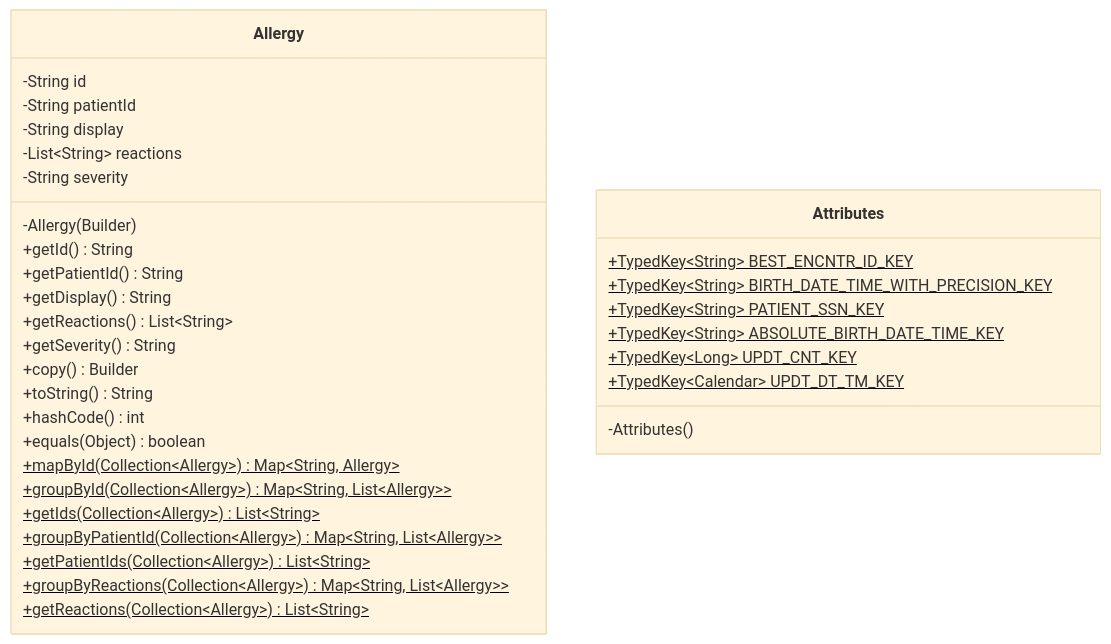
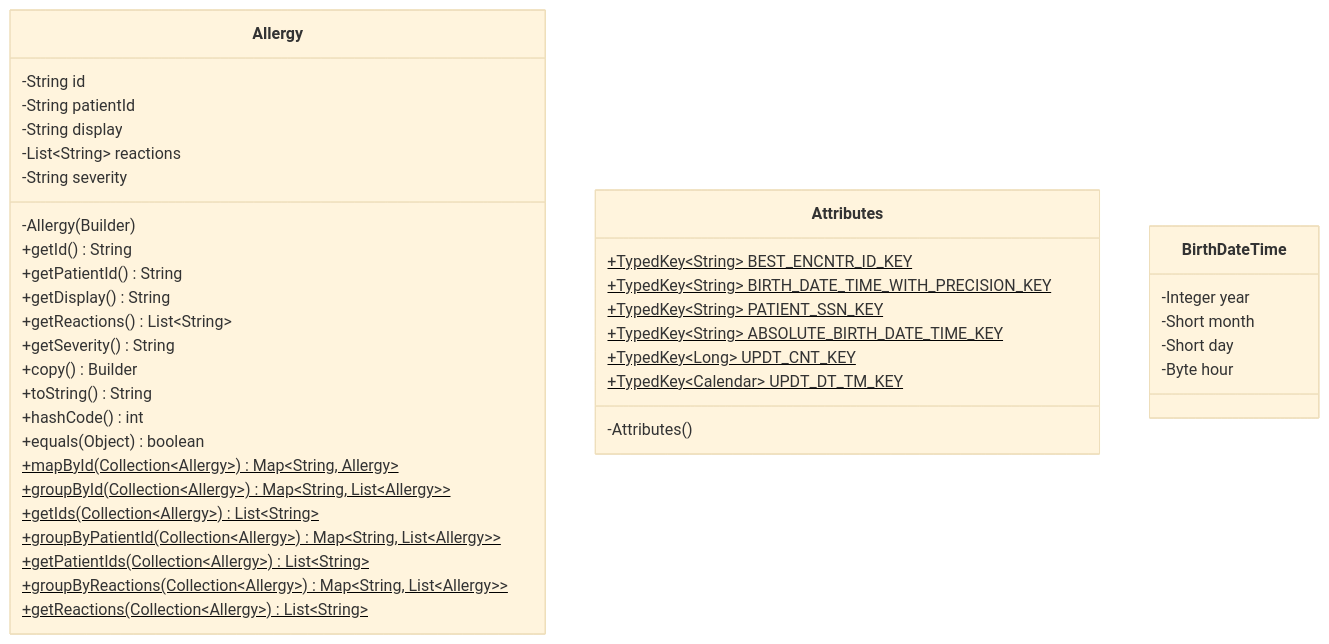
Before and after one commit to abhishek171287/FACE-RECOGNITION-ATTENDANCE-SYSTEM-USING-RASPBERRY-PI: the diagram in README.md, drawn with Mermaid (base theme).

````diff
--- a/README.md
+++ b/README.md
@@ -6,37 +6,44 @@
 ```mermaid
 classDiagram
     class Allergy{
         -String id
         -String patientId
         -String display
         -List~String~ reactions
         -String severity
         -Allergy(Builder)
         +getId() String
         +getPatientId() String
         +getDisplay() String
         +getReactions() List~String~
         +getSeverity() String
         +copy() Builder
         +toString() String
         +hashCode() int
         +equals(Object) boolean
         +mapById(Collection~Allergy~)$ Map&lt;String, Allergy&gt;
         +groupById(Collection~Allergy~)$ Map&lt;String, List~Allergy~&gt;
         +getIds(Collection~Allergy~)$ List~String~
         +groupByPatientId(Collection~Allergy~)$ Map&lt;String, List~Allergy~&gt;
         +getPatientIds(Collection~Allergy~)$ List~String~
         +groupByReactions(Collection~Allergy~)$ Map&lt;String, List~Allergy~&gt;
         +getReactions(Collection~Allergy~)$ List~String~
     }
 
     class Attributes{
         +TypedKey~String~  BEST_ENCNTR_ID_KEY$
         +TypedKey~String~ BIRTH_DATE_TIME_WITH_PRECISION_KEY$
         +TypedKey~String~ PATIENT_SSN_KEY$
         +TypedKey~String~ ABSOLUTE_BIRTH_DATE_TIME_KEY$
         +TypedKey~Long~ UPDT_CNT_KEY$
         +TypedKey~Calendar~ UPDT_DT_TM_KEY$
         -Attributes()
     }
+
+    class BirthDateTime{
+        -Integer year
+        -Short month
+        -Short day
+        -Byte hour
+    }
   ```
````
